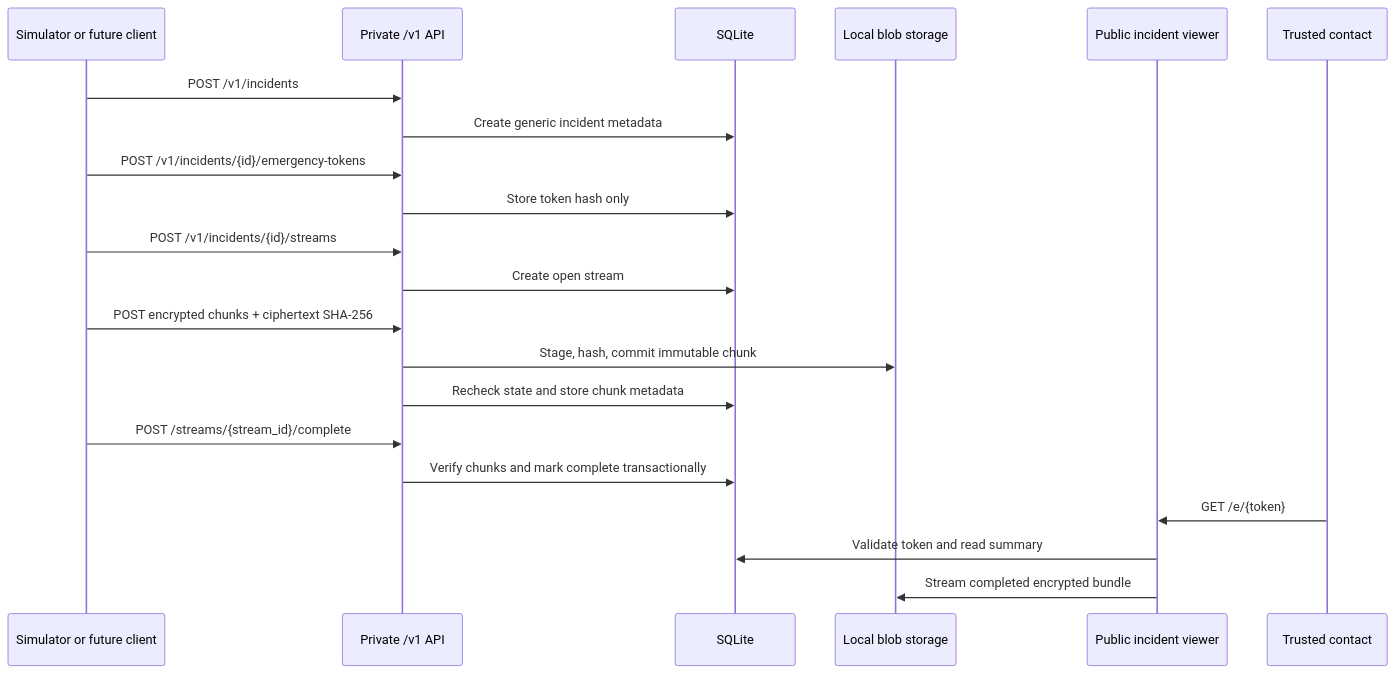
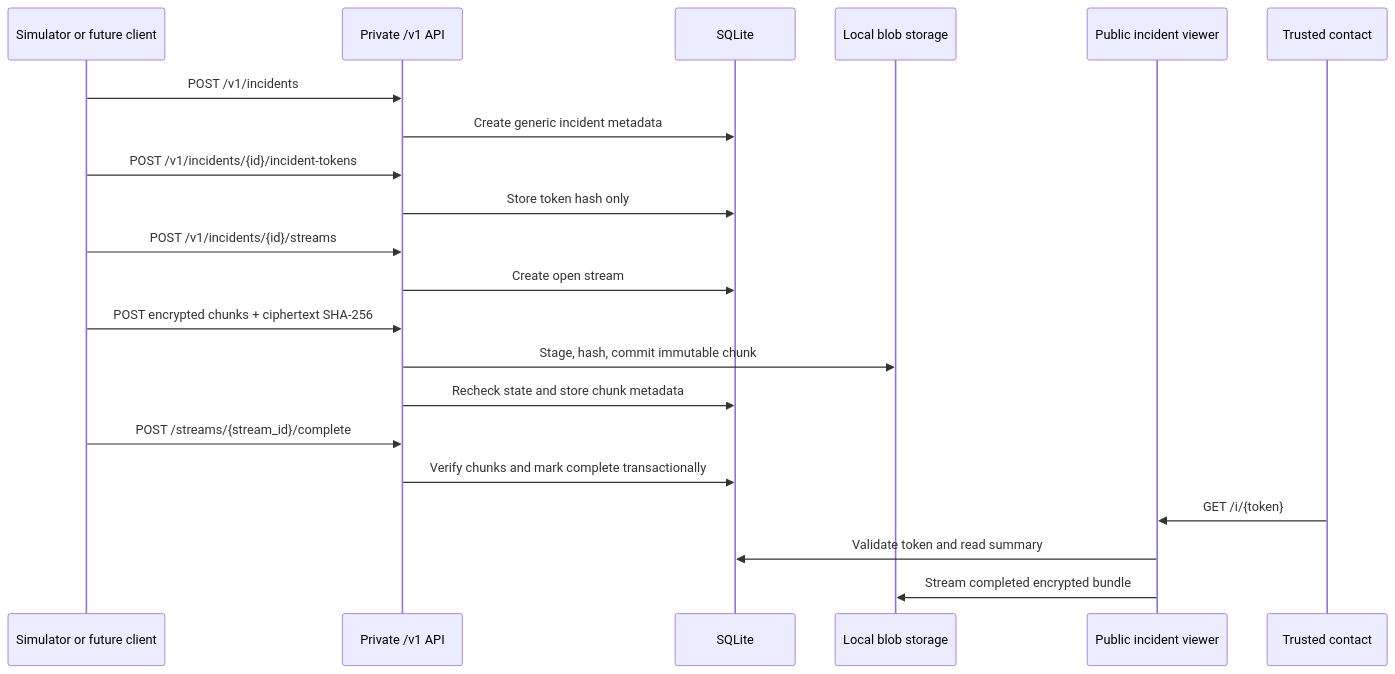
The third of 4 diagrams in docs/architecture.md (open-proofline/server), drawn with Mermaid before and after one commit. The commit also changed other lines of this file and 64 other files, not shown here.

Commit message:
Renamed legacy emergency viewer/tokens to incident-viewer and incident-token

````diff
--- a/docs/architecture.md
+++ b/docs/architecture.md
@@ -89,24 +89,24 @@
 ```mermaid
 sequenceDiagram
     participant Client as Simulator or future client
     participant Private as Private /v1 API
     participant DB as SQLite
     participant Blob as Local blob storage
     participant Public as Public incident viewer
     participant Contact as Trusted contact
 
     Client->>Private: POST /v1/incidents
     Private->>DB: Create generic incident metadata
-    Client->>Private: POST /v1/incidents/{id}/emergency-tokens
+    Client->>Private: POST /v1/incidents/{id}/incident-tokens
     Private->>DB: Store token hash only
     Client->>Private: POST /v1/incidents/{id}/streams
     Private->>DB: Create open stream
     Client->>Private: POST encrypted chunks + ciphertext SHA-256
     Private->>Blob: Stage, hash, commit immutable chunk
     Private->>DB: Recheck state and store chunk metadata
     Client->>Private: POST /streams/{stream_id}/complete
     Private->>DB: Verify chunks and mark complete transactionally
-    Contact->>Public: GET /e/{token}
+    Contact->>Public: GET /i/{token}
     Public->>DB: Validate token and read summary
     Public->>Blob: Stream completed encrypted bundle
 ```
````
